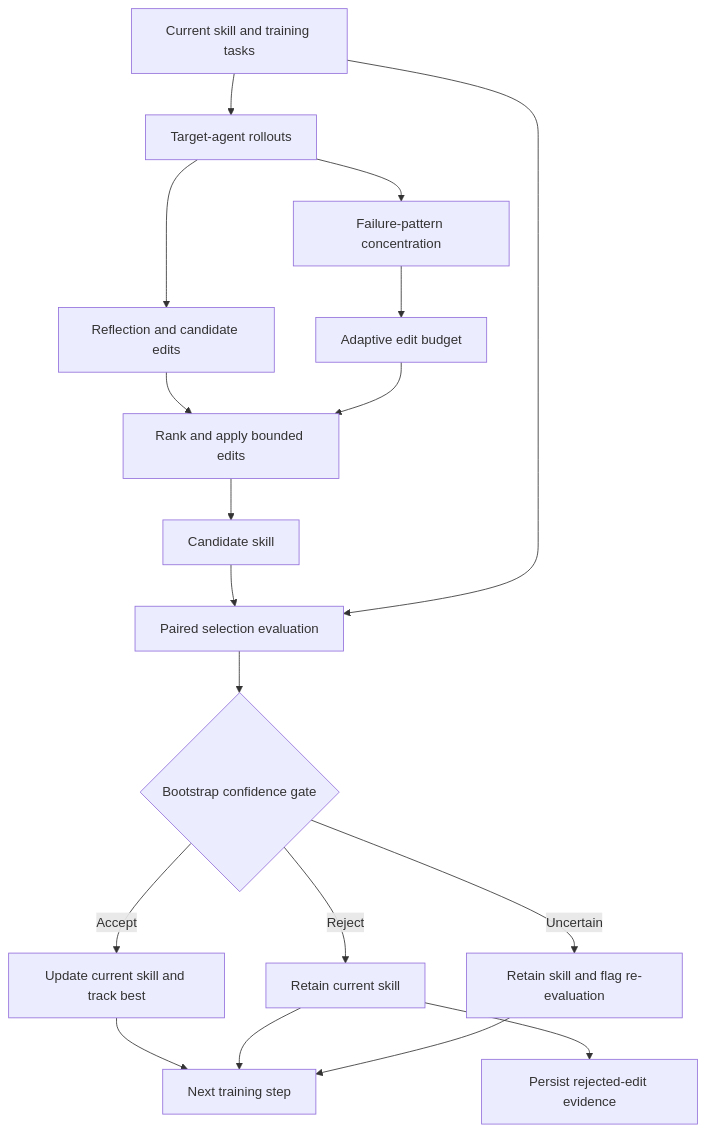
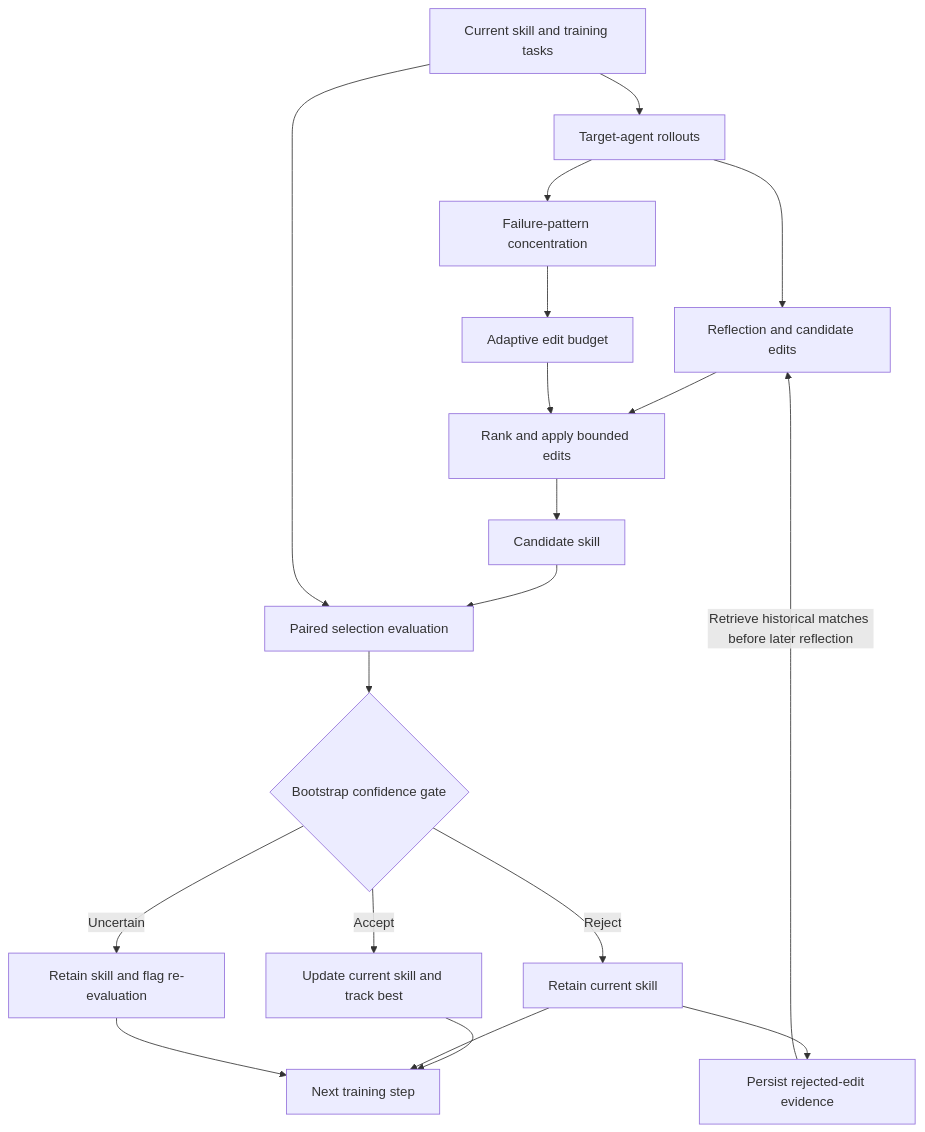
Before and after one commit to Lutra11/CAM-SkillOpt: the diagram in README.md, drawn with Mermaid. The commit also changed other lines of this file and 3 other files, not shown here.

````diff
--- a/README.md
+++ b/README.md
@@ -27,20 +29,21 @@
 ```mermaid
 flowchart TD
     A[Current skill and training tasks] --> B[Target-agent rollouts]
     B --> C[Reflection and candidate edits]
     B --> D[Failure-pattern concentration]
     D --> E[Adaptive edit budget]
     C --> F[Rank and apply bounded edits]
     E --> F
     F --> G[Candidate skill]
     G --> H[Paired selection evaluation]
     A --> H
     H --> I{Bootstrap confidence gate}
     I -->|Accept| J[Update current skill and track best]
     I -->|Reject| K[Retain current skill]
     I -->|Uncertain| L[Retain skill and flag re-evaluation]
     K --> M[Persist rejected-edit evidence]
+    M -->|Retrieve historical matches before later reflection| C
     J --> N[Next training step]
     K --> N
     L --> N
 ```
````
